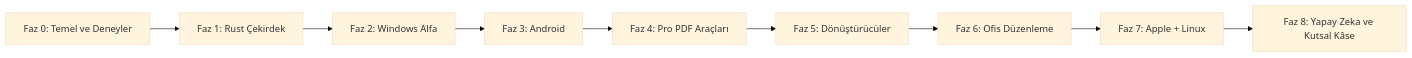
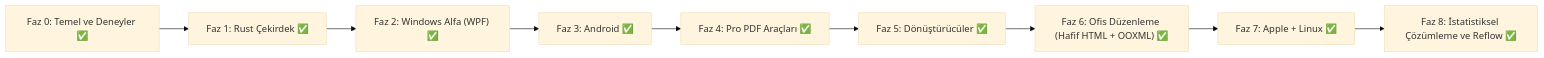
The second of 2 diagrams in docs/YOL_HARITASI.md (RecepBaranDivatyali/rbd-ofis), drawn with Mermaid (base theme) before and after one commit. The commit also changed other lines of this file and 15 other files, not shown here.

Commit message:
docs: honesty pass - align roadmap/README/ADRs with reality, remove unused ONLYOFFICE branding

````diff
--- a/docs/YOL_HARITASI.md
+++ b/docs/YOL_HARITASI.md
@@ -98,11 +81,11 @@
 ```mermaid
 flowchart LR
-    F0["Faz 0: Temel ve Deneyler"] --> F1["Faz 1: Rust Çekirdek"]
-    F1 --> F2["Faz 2: Windows Alfa"]
-    F2 --> F3["Faz 3: Android"]
-    F3 --> F4["Faz 4: Pro PDF Araçları"]
-    F4 --> F5["Faz 5: Dönüştürücüler"]
-    F5 --> F6["Faz 6: Ofis Düzenleme"]
-    F6 --> F7["Faz 7: Apple + Linux"]
-    F7 --> F8["Faz 8: Yapay Zeka ve Kutsal Kâse"]
+    F0["Faz 0: Temel ve Deneyler ✅"] --> F1["Faz 1: Rust Çekirdek ✅"]
+    F1 --> F2["Faz 2: Windows Alfa (WPF) ✅"]
+    F2 --> F3["Faz 3: Android ✅"]
+    F3 --> F4["Faz 4: Pro PDF Araçları ✅"]
+    F4 --> F5["Faz 5: Dönüştürücüler ✅"]
+    F5 --> F6["Faz 6: Ofis Düzenleme (Hafif HTML + OOXML) ✅"]
+    F6 --> F7["Faz 7: Apple + Linux ✅"]
+    F7 --> F8["Faz 8: İstatistiksel Çözümleme ve Reflow ✅"]
 ```
````
